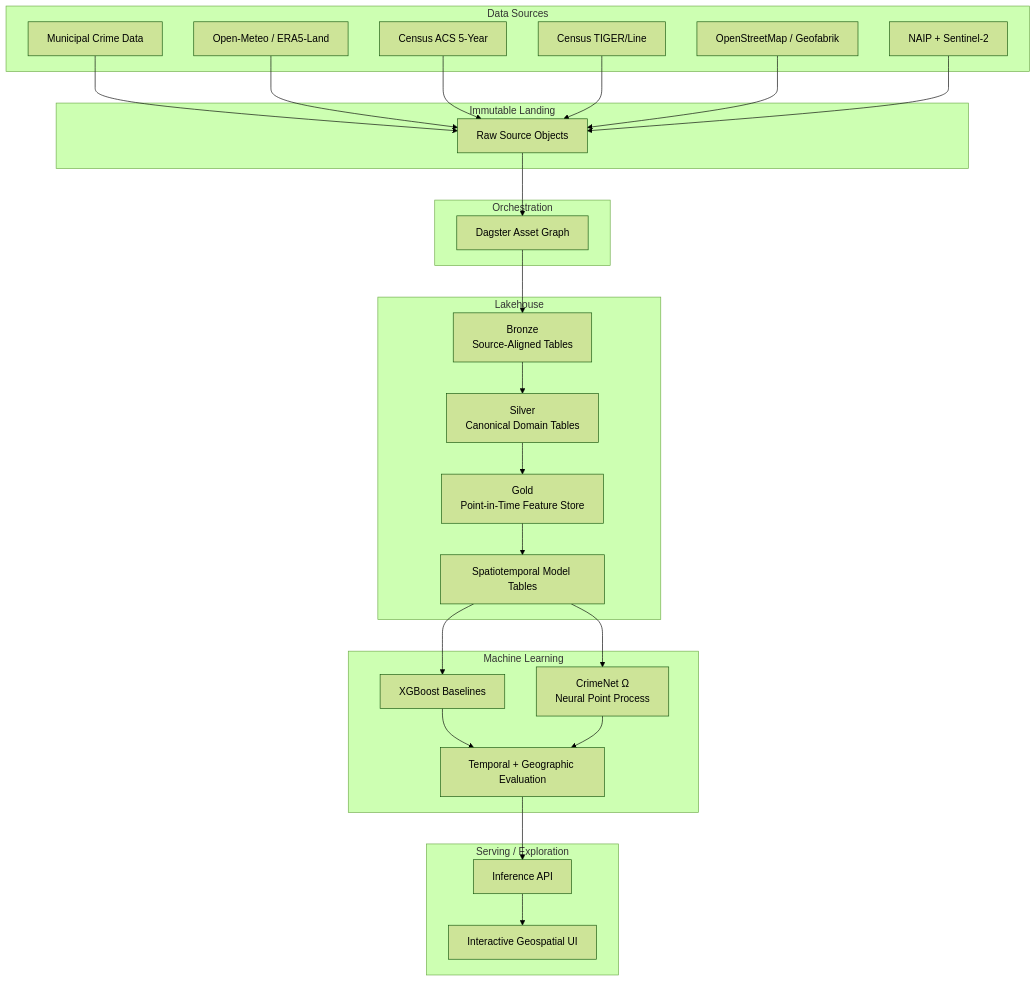
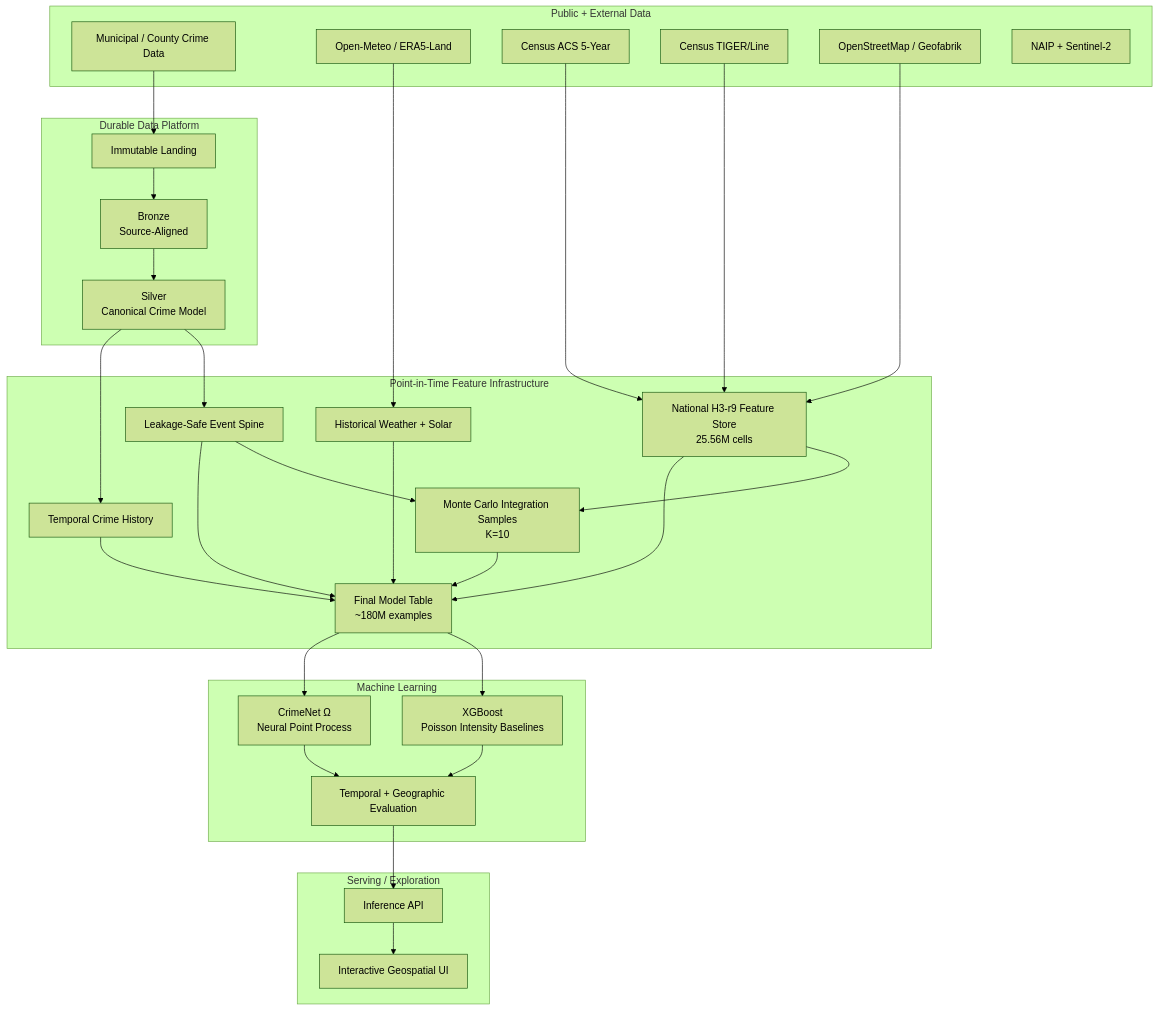
One commit to arcode35/CrimeNet changed the diagram in README.md. Above: the diagram before and after it, drawn with Mermaid (forest theme). The commit also changed other lines of this file, not shown here.

````diff
--- a/README.md
+++ b/README.md
@@ -56,59 +63,60 @@
 ```mermaid
 flowchart TD
-    subgraph Sources["Data Sources"]
-        Crime["Municipal Crime Data"]
+    subgraph Sources["Public + External Data"]
+        Crime["Municipal / County Crime Data"]
         Weather["Open-Meteo / ERA5-Land"]
         ACS["Census ACS 5-Year"]
         TIGER["Census TIGER/Line"]
         OSM["OpenStreetMap / Geofabrik"]
         Imagery["NAIP + Sentinel-2"]
     end
 
-    subgraph Landing["Immutable Landing"]
-        Raw["Raw Source Objects"]
+    subgraph Lake["Durable Data Platform"]
+        Landing["Immutable Landing"]
+        Bronze["Bronze\nSource-Aligned"]
+        Silver["Silver\nCanonical Crime Model"]
     end
 
-    subgraph Orchestration["Orchestration"]
-        Dagster["Dagster Asset Graph"]
-    end
-
-    subgraph Lakehouse["Lakehouse"]
-        Bronze["Bronze\nSource-Aligned Tables"]
-        Silver["Silver\nCanonical Domain Tables"]
-        Gold["Gold\nPoint-in-Time Feature Store"]
-        ModelTable["Spatiotemporal Model Tables"]
+    subgraph Features["Point-in-Time Feature Infrastructure"]
+        National["National H3-r9 Feature Store\n25.56M cells"]
+        Environmental["Historical Weather + Solar"]
+        History["Temporal Crime History"]
+        EventSpine["Leakage-Safe Event Spine"]
+        Integration["Monte Carlo Integration Samples\nK=10"]
+        FinalTable["Final Model Table\n~180M examples"]
     end
 
     subgraph ML["Machine Learning"]
-        XGB["XGBoost Baselines"]
+        XGB["XGBoost\nPoisson Intensity Baselines"]
         Omega["CrimeNet Ω\nNeural Point Process"]
         Eval["Temporal + Geographic Evaluation"]
     end
 
     subgraph Product["Serving / Exploration"]
         API["Inference API"]
         Map["Interactive Geospatial UI"]
     end
 
-    Crime --> Raw
-    Weather --> Raw
-    ACS --> Raw
-    TIGER --> Raw
-    OSM --> Raw
-    Imagery --> Raw
+    Crime --> Landing --> Bronze --> Silver
+    ACS --> National
+    TIGER --> National
+    OSM --> National
+    Weather --> Environmental
 
-    Raw --> Dagster
-    Dagster --> Bronze
-    Bronze --> Silver
-    Silver --> Gold
-    Gold --> ModelTable
+    Silver --> EventSpine
+    Silver --> History
+    National --> Integration
+    EventSpine --> Integration
 
-    ModelTable --> XGB
-    ModelTable --> Omega
+    National --> FinalTable
+    Environmental --> FinalTable
+    History --> FinalTable
+    EventSpine --> FinalTable
+    Integration --> FinalTable
 
+    FinalTable --> XGB
+    FinalTable --> Omega
     XGB --> Eval
     Omega --> Eval
-
-    Eval --> API
-    API --> Map
+    Eval --> API --> Map
 ```
````
